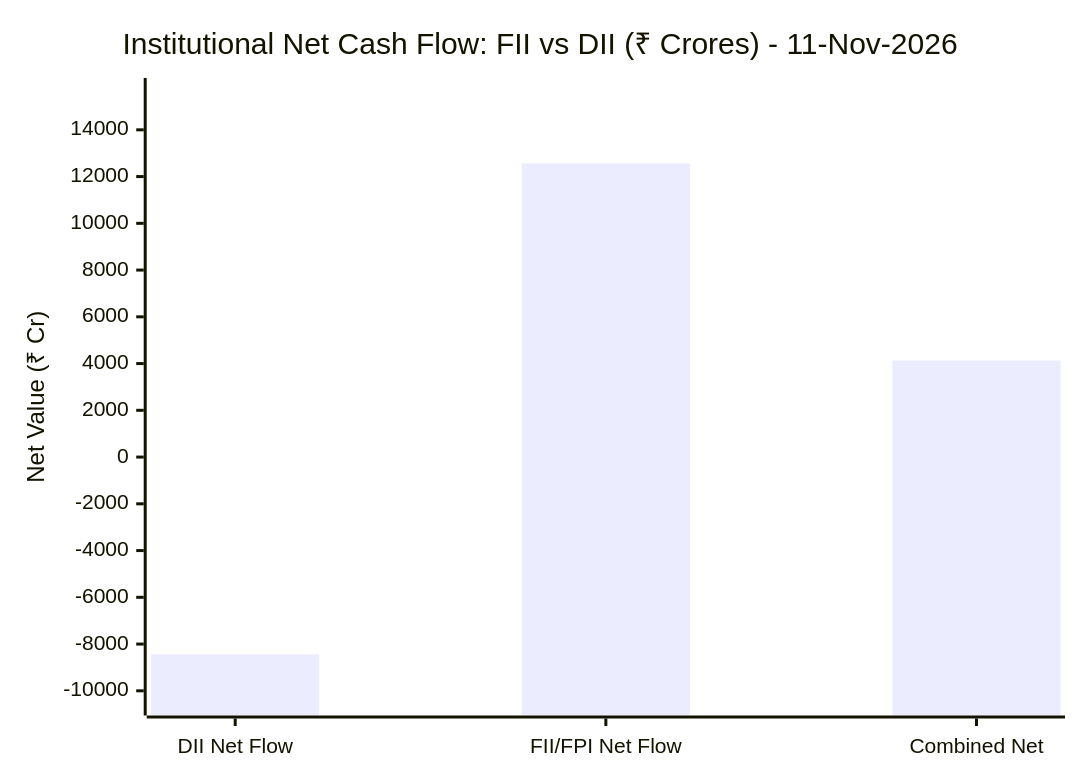
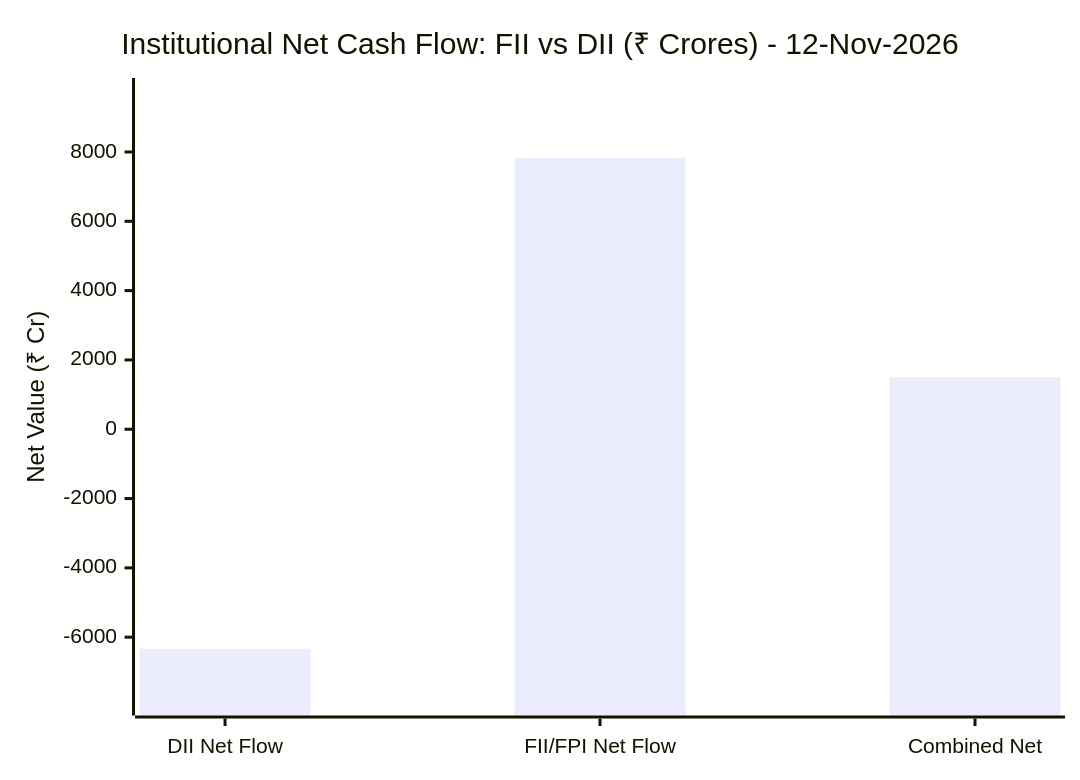
The diagram in market-intelligence/README.md (purnareddy9/dev), drawn with Mermaid before and after one commit. The commit also changed other lines of this file and 3 other files, not shown here.

````diff
--- a/market-intelligence/README.md
+++ b/market-intelligence/README.md
@@ -65,7 +65,7 @@
 ```mermaid
 xychart-beta
-    title "Institutional Net Cash Flow: FII vs DII (₹ Crores) - 11-Nov-2026"
+    title "Institutional Net Cash Flow: FII vs DII (₹ Crores) - 12-Nov-2026"
     x-axis ["DII Net Flow", "FII/FPI Net Flow", "Combined Net"]
-    y-axis "Net Value (₹ Cr)" -10543 --> 15704
-    bar [-8434.53, 12563.33, 4128.8]
+    y-axis "Net Value (₹ Cr)" -7913 --> 9788
+    bar [-6331.17, 7830.6, 1499.43]
 ```
````
